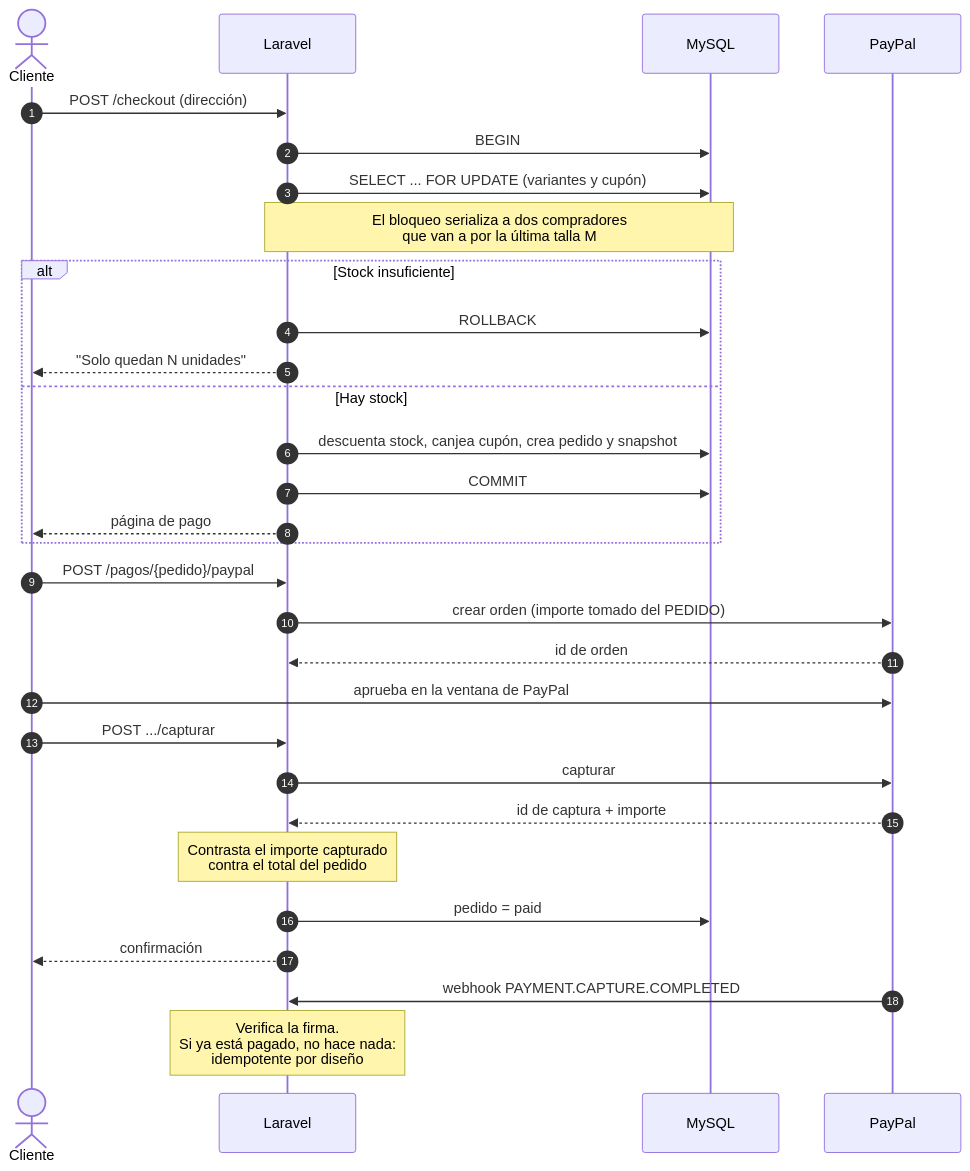
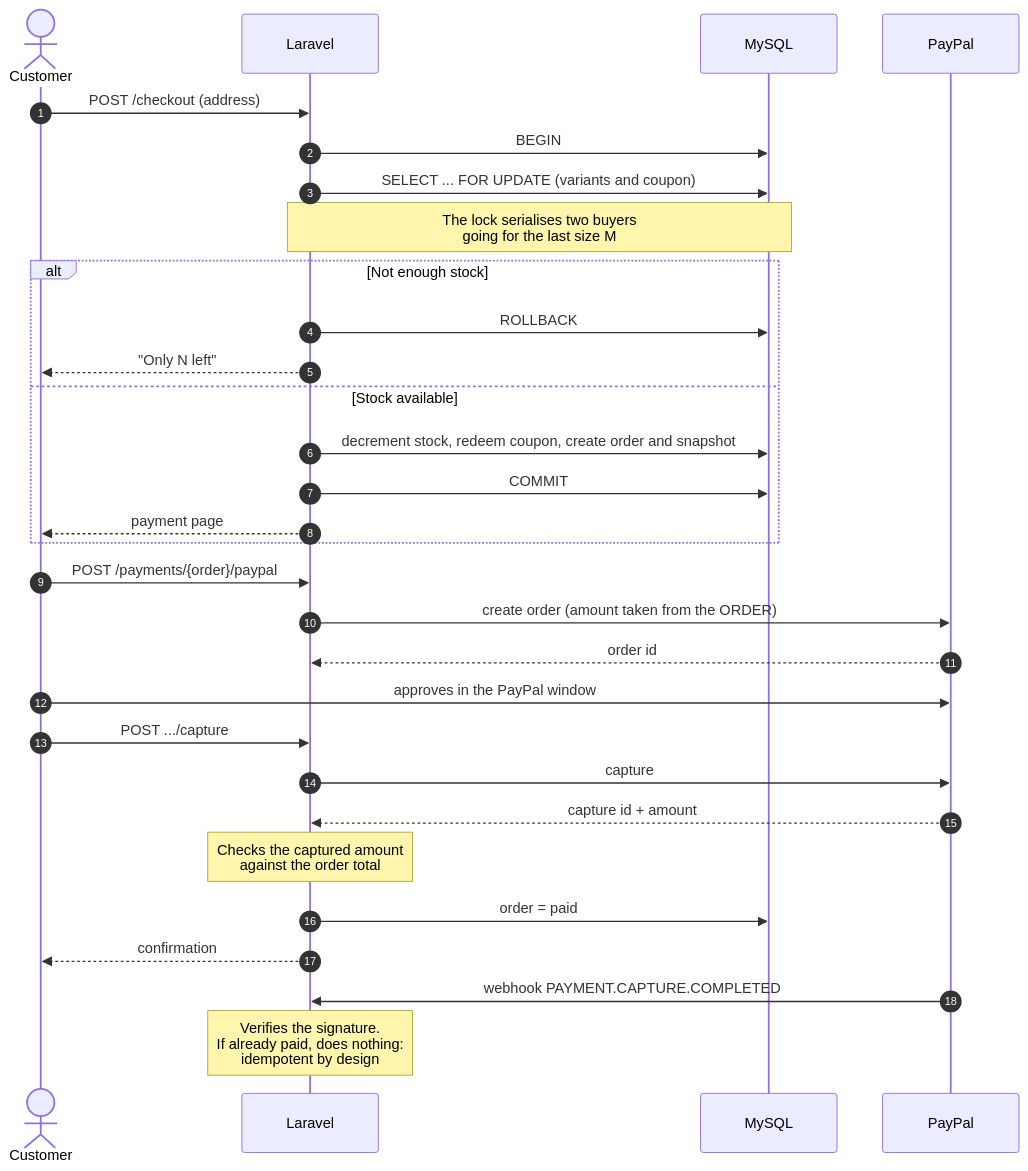
One commit to Zoel-Manchon/elitewear-xi changed the fourth of 7 diagrams in README.md. Above: the diagram before and after it, drawn with Mermaid. The commit also changed other lines of this file, not shown here.

````diff
--- a/README.md
+++ b/README.md
@@ -309,35 +302,35 @@
 ```mermaid
 sequenceDiagram
     autonumber
-    actor C as Cliente
+    actor C as Customer
     participant L as Laravel
     participant DB as MySQL
     participant PP as PayPal
 
-    C->>L: POST /checkout (dirección)
+    C->>L: POST /checkout (address)
     L->>DB: BEGIN
-    L->>DB: SELECT ... FOR UPDATE (variantes y cupón)
-    Note over L,DB: El bloqueo serializa a dos compradores<br/>que van a por la última talla M
-    alt Stock insuficiente
+    L->>DB: SELECT ... FOR UPDATE (variants and coupon)
+    Note over L,DB: The lock serialises two buyers<br/>going for the last size M
+    alt Not enough stock
         L->>DB: ROLLBACK
-        L-->>C: "Solo quedan N unidades"
-    else Hay stock
-        L->>DB: descuenta stock, canjea cupón, crea pedido y snapshot
+        L-->>C: "Only N left"
+    else Stock available
+        L->>DB: decrement stock, redeem coupon, create order and snapshot
         L->>DB: COMMIT
-        L-->>C: página de pago
+        L-->>C: payment page
     end
 
-    C->>L: POST /pagos/{pedido}/paypal
-    L->>PP: crear orden (importe tomado del PEDIDO)
-    PP-->>L: id de orden
-    C->>PP: aprueba en la ventana de PayPal
-    C->>L: POST .../capturar
-    L->>PP: capturar
-    PP-->>L: id de captura + importe
-    Note over L: Contrasta el importe capturado<br/>contra el total del pedido
-    L->>DB: pedido = paid
-    L-->>C: confirmación
+    C->>L: POST /payments/{order}/paypal
+    L->>PP: create order (amount taken from the ORDER)
+    PP-->>L: order id
+    C->>PP: approves in the PayPal window
+    C->>L: POST .../capture
+    L->>PP: capture
+    PP-->>L: capture id + amount
+    Note over L: Checks the captured amount<br/>against the order total
+    L->>DB: order = paid
+    L-->>C: confirmation
 
     PP->>L: webhook PAYMENT.CAPTURE.COMPLETED
-    Note over L: Verifica la firma.<br/>Si ya está pagado, no hace nada:<br/>idempotente por diseño
+    Note over L: Verifies the signature.<br/>If already paid, does nothing:<br/>idempotent by design
 ```
````
